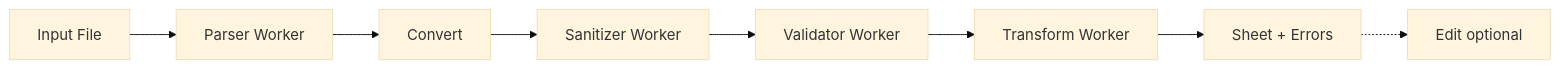
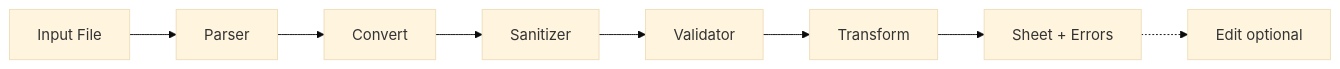
Before and after one commit to cristianm-developer/react-import-sheet-headless: the diagram in README.md, drawn with Mermaid (base theme). The commit also changed other lines of this file and 47 other files, not shown here.

````diff
--- a/README.md
+++ b/README.md
@@ -35,10 +27,10 @@
 ```mermaid
 flowchart LR
-  A[Input File] --> B[Parser Worker]
+  A[Input File] --> B[Parser]
   B --> C[Convert]
-  C --> D[Sanitizer Worker]
-  D --> E[Validator Worker]
-  E --> F[Transform Worker]
+  C --> D[Sanitizer]
+  D --> E[Validator]
+  E --> F[Transform]
   F --> G[Sheet + Errors]
   G -.-> H[Edit optional]
 ```
````
